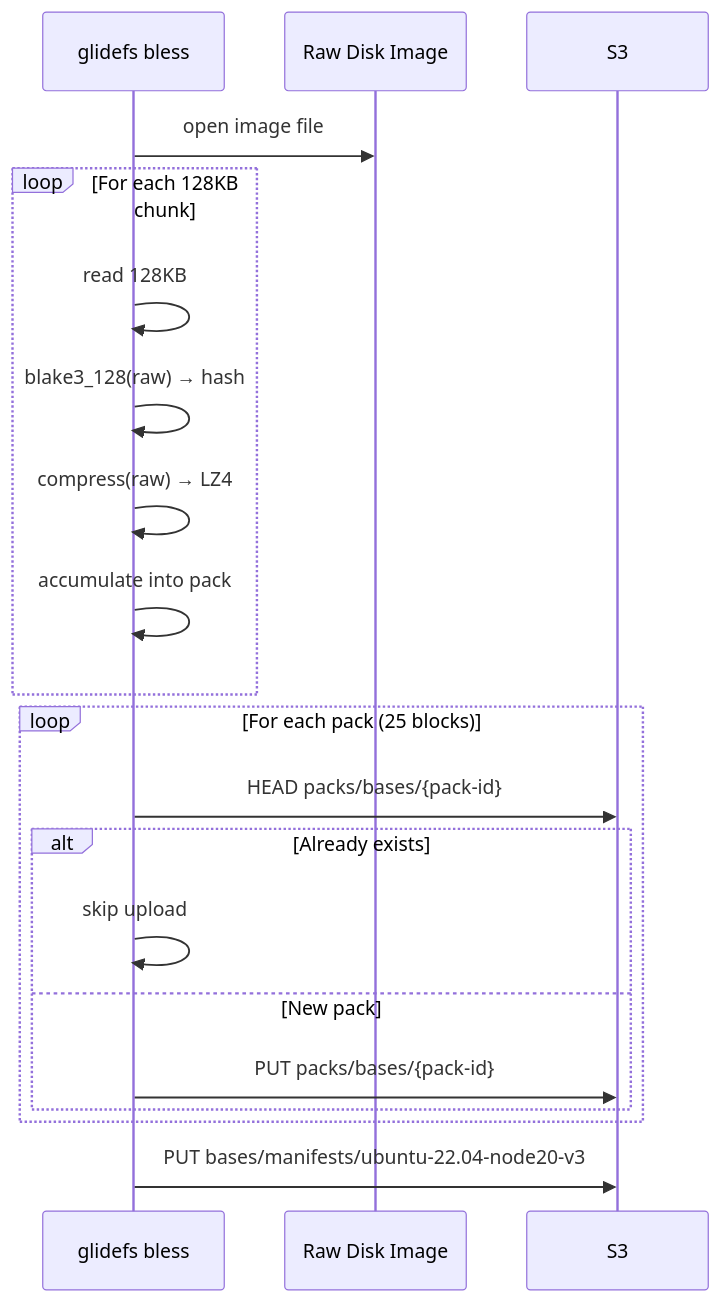
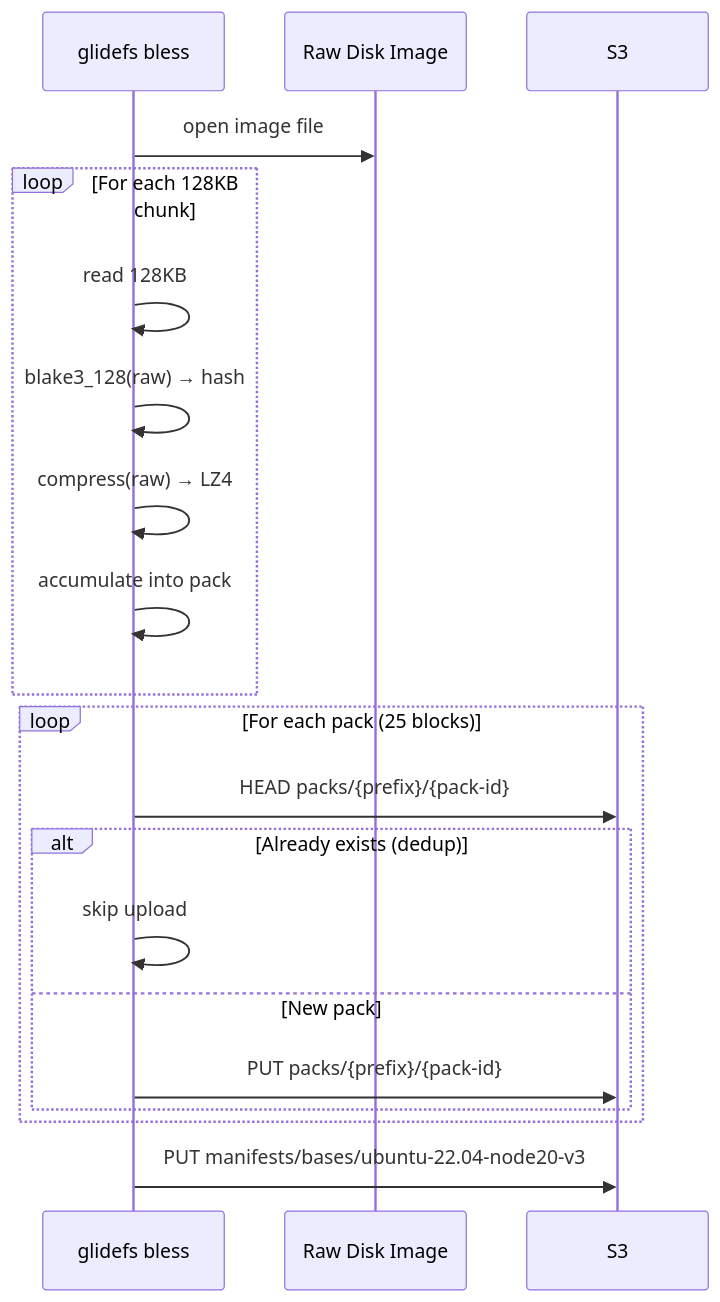
Before and after one commit to paraglidehq/glidefs: diagram 12 of 13 in GLIDEv2.md, drawn with Mermaid. The commit also changed other lines of this file and 1 other file, not shown here.

````diff
--- a/GLIDEv2.md
+++ b/GLIDEv2.md
@@ -838,26 +891,26 @@
 ```mermaid
 sequenceDiagram
     participant CLI as glidefs bless
     participant DISK as Raw Disk Image
     participant S3 as S3
 
     CLI->>DISK: open image file
 
     loop For each 128KB chunk
         CLI->>CLI: read 128KB
         CLI->>CLI: blake3_128(raw) → hash
         CLI->>CLI: compress(raw) → LZ4
         CLI->>CLI: accumulate into pack
     end
 
     loop For each pack (25 blocks)
-        CLI->>S3: HEAD packs/bases/{pack-id}
-        alt Already exists
+        CLI->>S3: HEAD packs/{prefix}/{pack-id}
+        alt Already exists (dedup)
             CLI->>CLI: skip upload
         else New pack
-            CLI->>S3: PUT packs/bases/{pack-id}
+            CLI->>S3: PUT packs/{prefix}/{pack-id}
         end
     end
 
-    CLI->>S3: PUT bases/manifests/ubuntu-22.04-node20-v3
+    CLI->>S3: PUT manifests/bases/ubuntu-22.04-node20-v3
 ```
````
